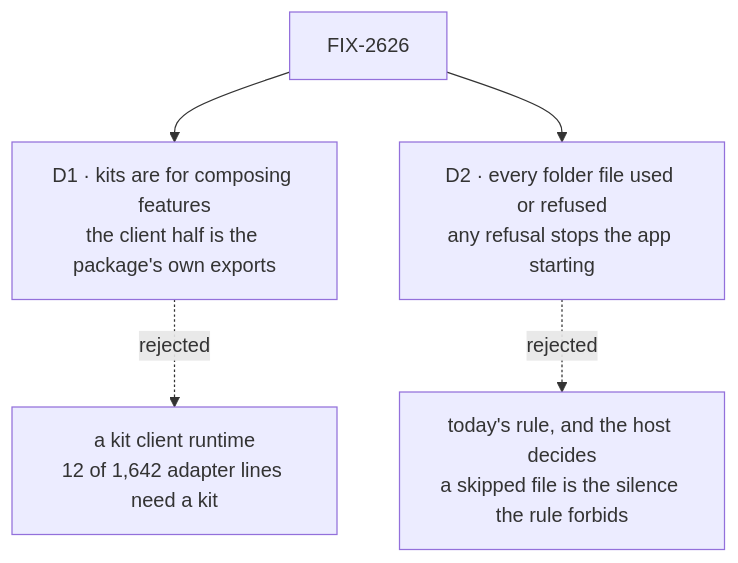
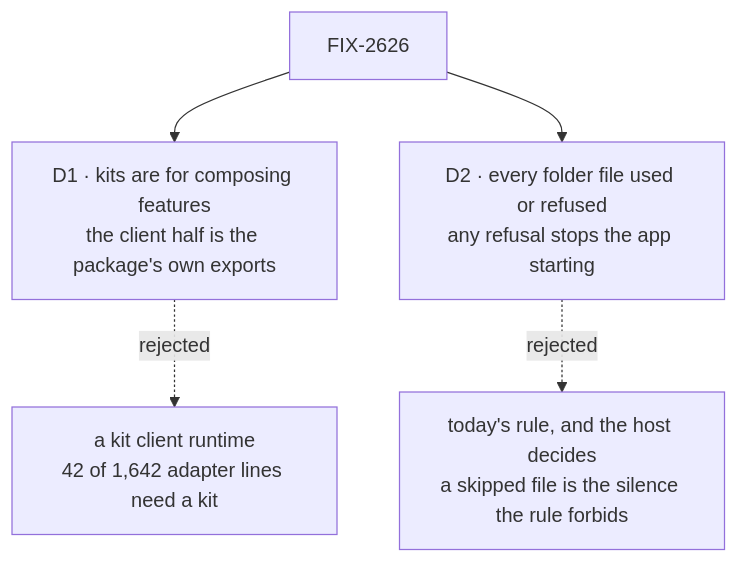
One commit to fixpoint-labs/flow-state-dev changed the diagram in specs/issues/FIX-2626/DECISIONS.md. Above: the diagram before and after it, drawn with Mermaid. The commit also changed other lines of this file and 4 other files, not shown here.

First line of the commit message:
spec(FIX-2626): count boardOf as kit-only — 42 lines need a kit, not 12

````diff
--- a/specs/issues/FIX-2626/DECISIONS.md
+++ b/specs/issues/FIX-2626/DECISIONS.md
@@ -11,7 +11,7 @@
 ```mermaid
 flowchart TD
   I["FIX-2626"] --> D1["D1 · kits are for composing features<br/>the client half is the package's own exports"]
-  D1 -.->|"rejected"| X1["a kit client runtime<br/>12 of 1,642 adapter lines need a kit"]
+  D1 -.->|"rejected"| X1["a kit client runtime<br/>42 of 1,642 adapter lines need a kit"]
   I --> D2["D2 · every folder file used or refused<br/>any refusal stops the app starting"]
   D2 -.->|"rejected"| X2["today's rule, and the host decides<br/>a skipped file is the silence the rule forbids"]
 ```
````
